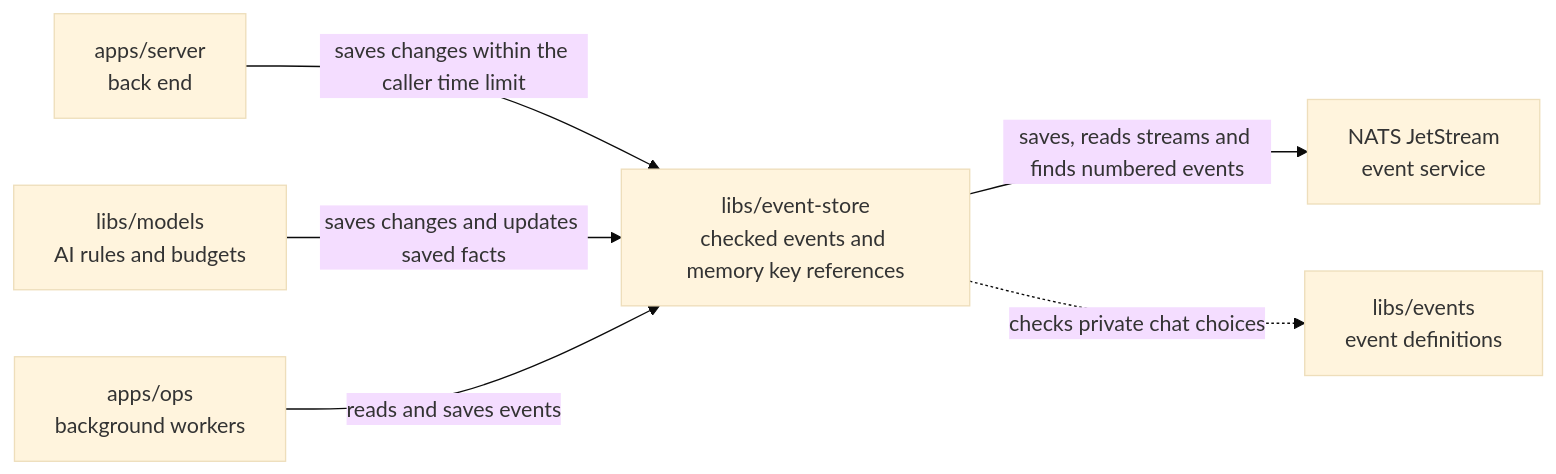
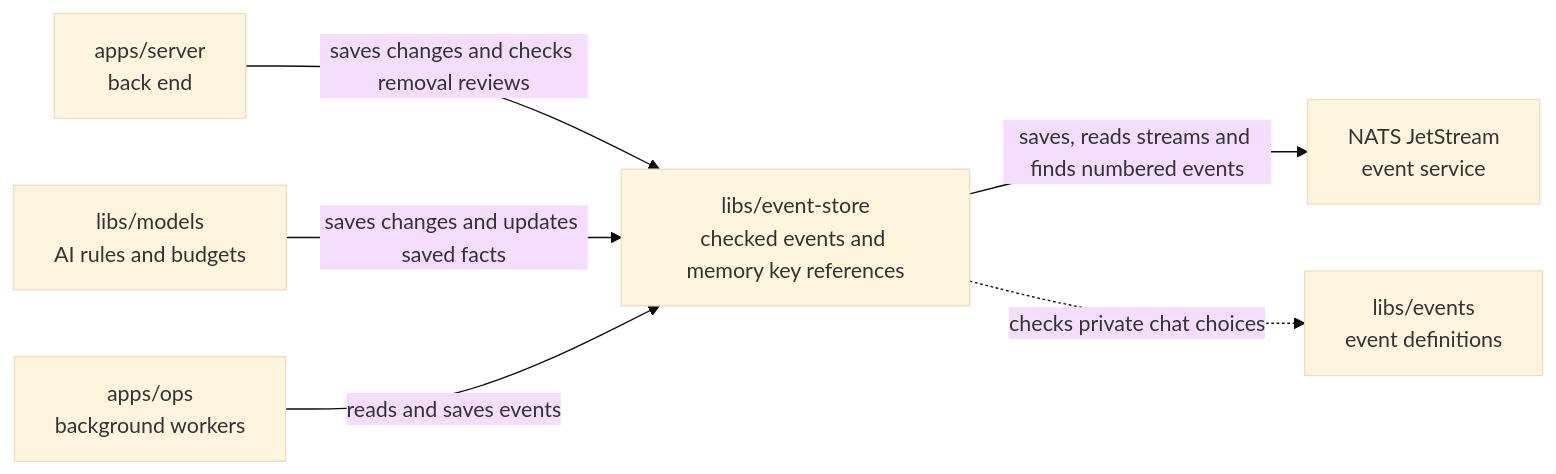
One commit to elewa-git/opencrane-new changed the diagram in libs/event-store/README.md. Above: the diagram before and after it, drawn with Mermaid (base theme). The commit also changed other lines of this file and 26 other files, not shown here.

````diff
--- a/libs/event-store/README.md
+++ b/libs/event-store/README.md
@@ -22,8 +22,8 @@
 ```mermaid
 flowchart LR
-  server["apps/server<br/>back end"] -->|saves changes within the caller time limit| store["libs/event-store<br/>checked events and memory key references"]
+  server["apps/server<br/>back end"] -->|saves changes and checks removal reviews| store["libs/event-store<br/>checked events and memory key references"]
   models["libs/models<br/>AI rules and budgets"] -->|saves changes and updates saved facts| store
   ops["apps/ops<br/>background workers"] -->|reads and saves events| store
   store -->|saves, reads streams and finds numbered events| nats["NATS JetStream<br/>event service"]
   store -.->|checks private chat choices| events["libs/events<br/>event definitions"]
 ```
````
